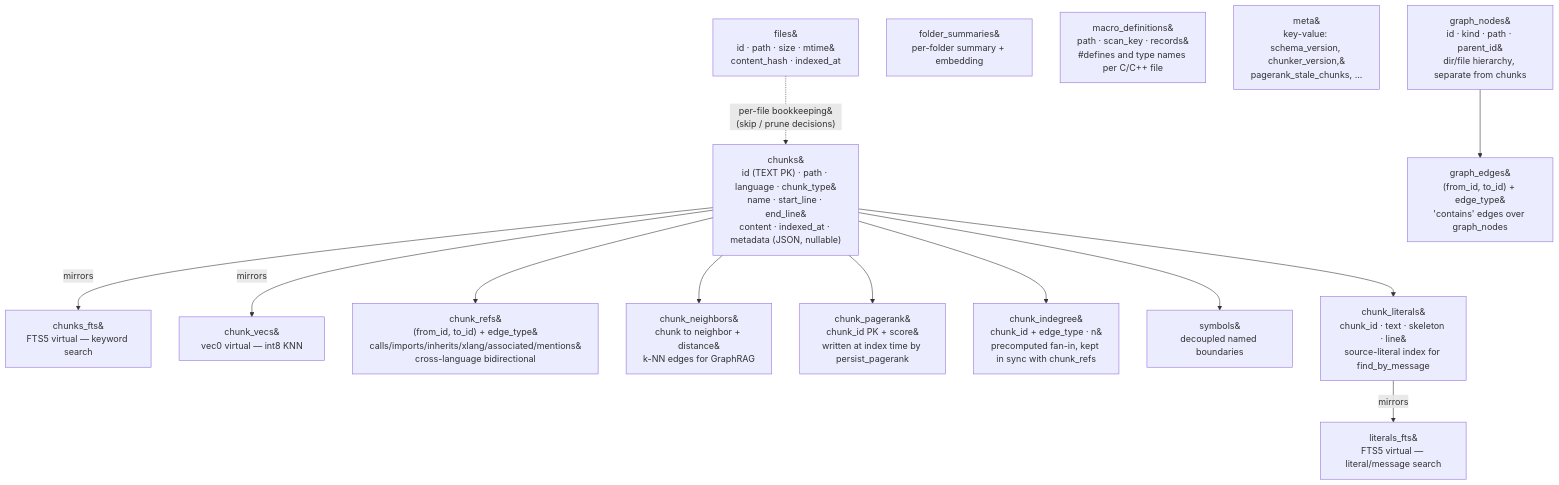
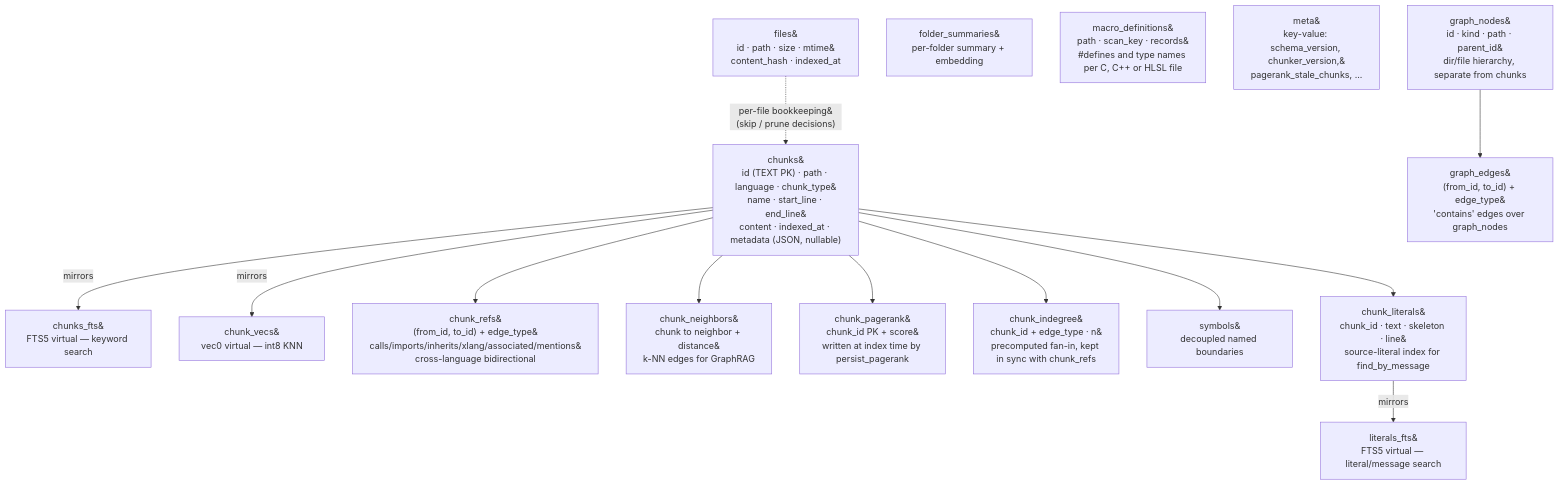
Before and after one commit to mgonzalez01/Chonks: the second of 2 diagrams in DOCS.md, drawn with Mermaid. The commit also changed other lines of this file and 7 other files, not shown here.

````diff
--- a/DOCS.md
+++ b/DOCS.md
@@ -91,20 +91,20 @@
 ```mermaid
 flowchart TD
     FILES["files&#10;id &middot; path &middot; size &middot; mtime&#10;content_hash &middot; indexed_at"] -.->|"per-file bookkeeping&#10;(skip / prune decisions)"| CHUNKS
     CHUNKS["chunks&#10;id (TEXT PK) &middot; path &middot; language &middot; chunk_type&#10;name &middot; start_line &middot; end_line&#10;content &middot; indexed_at &middot; metadata (JSON, nullable)"]
     CHUNKS -->|mirrors| FTS["chunks_fts&#10;FTS5 virtual &mdash; keyword search"]
     CHUNKS -->|mirrors| VECS["chunk_vecs&#10;vec0 virtual &mdash; int8 KNN"]
     CHUNKS --> REFS["chunk_refs&#10;(from_id, to_id) + edge_type&#10;calls/imports/inherits/xlang/associated/mentions&#10;cross-language bidirectional"]
     CHUNKS --> NEI["chunk_neighbors&#10;chunk to neighbor + distance&#10;k-NN edges for GraphRAG"]
     CHUNKS --> PR["chunk_pagerank&#10;chunk_id PK + score&#10;written at index time by persist_pagerank"]
     CHUNKS --> INDEG["chunk_indegree&#10;chunk_id + edge_type &middot; n&#10;precomputed fan-in, kept in sync with chunk_refs"]
     CHUNKS --> SYMS["symbols&#10;decoupled named boundaries"]
     CHUNKS --> LIT["chunk_literals&#10;chunk_id &middot; text &middot; skeleton &middot; line&#10;source-literal index for find_by_message"]
     LIT -->|mirrors| LFTS["literals_fts&#10;FTS5 virtual &mdash; literal/message search"]
     FOLD["folder_summaries&#10;per-folder summary + embedding"]
-    MDEFS["macro_definitions&#10;path &middot; scan_key &middot; records&#10;#defines and type names per C/C++ file"]
+    MDEFS["macro_definitions&#10;path &middot; scan_key &middot; records&#10;#defines and type names per C, C++ or HLSL file"]
     META["meta&#10;key-value: schema_version, chunker_version,&#10;pagerank_stale_chunks, ..."]
     GNODES["graph_nodes&#10;id &middot; kind &middot; path &middot; parent_id&#10;dir/file hierarchy, separate from chunks"]
     GEDGES["graph_edges&#10;(from_id, to_id) + edge_type&#10;'contains' edges over graph_nodes"]
     GNODES --> GEDGES
 ```
````
